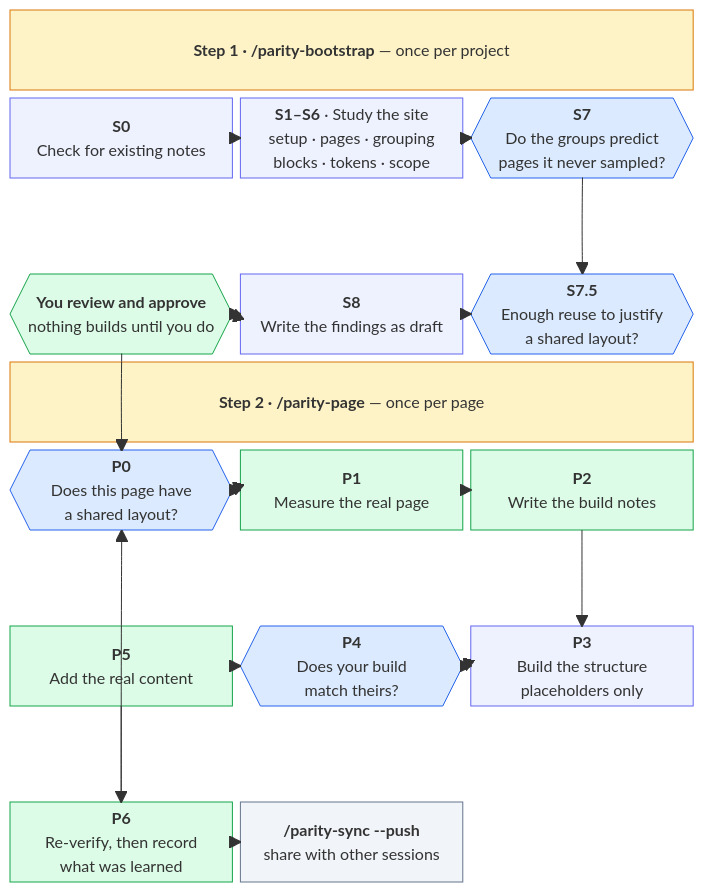
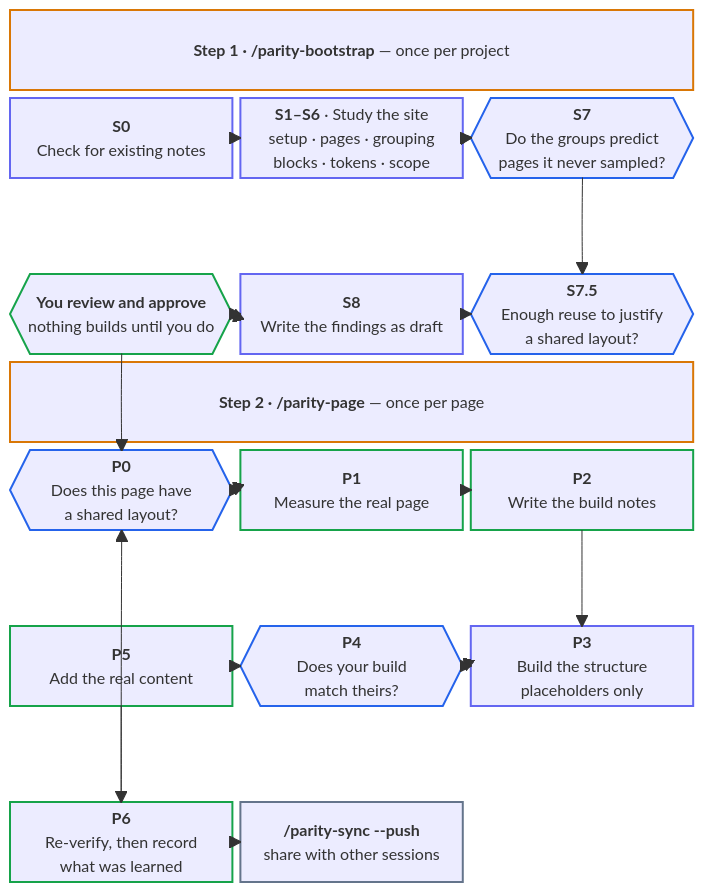
Before and after one commit to atr0-0/parity: the diagram in README.md, drawn with Mermaid. The commit also changed other lines of this file, not shown here.

Commit message:
README: let the theme colour the diagram, keep meaning in shape and border
GitHub's mermaid ignores the text colour in both classDef and style, so every
attempt to pin dark text on a light fill left white text on a pale box in dark
mode. Setting the fill without being able to set the text is the whole bug.

Dropping fill and colour entirely means the theme picks both together, so they
always contrast. Semantics move to node shape (hexagon = decision) and border
colour (green = stops for you), neither of which affects legibility.

Verified rendering on #0d1117 and on white.

````diff
--- a/README.md
+++ b/README.md
@@ -69,69 +69,69 @@
 ```mermaid
 block-beta
   columns 3
 
   H1["<b>Step 1 · /parity-bootstrap</b> — once per project"]:3
   S0["<b>S0</b><br/>Check for existing notes"]
   S1["<b>S1–S6</b> · Study the site<br/>setup · pages · grouping<br/>blocks · tokens · scope"]
   S7{{"<b>S7</b><br/>Do the groups predict<br/>pages it never sampled?"}}
 
   space:3
 
   REV{{"<b>You review and approve</b><br/>nothing builds until you do"}}
   S8["<b>S8</b><br/>Write the findings as draft"]
   S75{{"<b>S7.5</b><br/>Enough reuse to justify<br/>a shared layout?"}}
 
   H2["<b>Step 2 · /parity-page</b> — once per page"]:3
   P0{{"<b>P0</b><br/>Does this page have<br/>a shared layout?"}}
   P1["<b>P1</b><br/>Measure the real page"]
   P2["<b>P2</b><br/>Write the build notes"]
 
   space:3
 
   P5["<b>P5</b><br/>Add the real content"]
   P4{{"<b>P4</b><br/>Does your build<br/>match theirs?"}}
   P3["<b>P3</b><br/>Build the structure<br/>placeholders only"]
 
   space:3
 
   P6["<b>P6</b><br/>Re-verify, then record<br/>what was learned"]
   SYNC["<b>/parity-sync --push</b><br/>share with other sessions"]
   space
 
   S0 --> S1
   S1 --> S7
   S7 --> S75
   S75 --> S8
   S8 --> REV
   REV --> P0
   P0 --> P1
   P1 --> P2
   P2 --> P3
   P3 --> P4
   P4 --> P5
   P5 --> P6
   P6 --> SYNC
 
   S7 --> S1
   REV --> S8
   P1 --> P0
   P4 --> P3
   P6 --> P0
 
-  style H1 fill:#fef3c7,stroke:#d97706,color:#451a03
-  style H2 fill:#fef3c7,stroke:#d97706,color:#451a03
-  style S0 fill:#eef2ff,stroke:#6366f1,color:#1e1b4b
-  style S1 fill:#eef2ff,stroke:#6366f1,color:#1e1b4b
-  style S8 fill:#eef2ff,stroke:#6366f1,color:#1e1b4b
-  style P3 fill:#eef2ff,stroke:#6366f1,color:#1e1b4b
-  style S7 fill:#dbeafe,stroke:#2563eb,color:#172554
-  style S75 fill:#dbeafe,stroke:#2563eb,color:#172554
-  style P0 fill:#dbeafe,stroke:#2563eb,color:#172554
-  style P4 fill:#dbeafe,stroke:#2563eb,color:#172554
-  style REV fill:#dcfce7,stroke:#16a34a,color:#14532d
-  style P1 fill:#dcfce7,stroke:#16a34a,color:#14532d
-  style P2 fill:#dcfce7,stroke:#16a34a,color:#14532d
-  style P5 fill:#dcfce7,stroke:#16a34a,color:#14532d
-  style P6 fill:#dcfce7,stroke:#16a34a,color:#14532d
-  style SYNC fill:#f1f5f9,stroke:#64748b,color:#0f172a
+  style H1 stroke:#d97706,stroke-width:2px
+  style H2 stroke:#d97706,stroke-width:2px
+  style S0 stroke:#6366f1,stroke-width:2px
+  style S1 stroke:#6366f1,stroke-width:2px
+  style S8 stroke:#6366f1,stroke-width:2px
+  style P3 stroke:#6366f1,stroke-width:2px
+  style S7 stroke:#2563eb,stroke-width:2px
+  style S75 stroke:#2563eb,stroke-width:2px
+  style P0 stroke:#2563eb,stroke-width:2px
+  style P4 stroke:#2563eb,stroke-width:2px
+  style REV stroke:#16a34a,stroke-width:2px
+  style P1 stroke:#16a34a,stroke-width:2px
+  style P2 stroke:#16a34a,stroke-width:2px
+  style P5 stroke:#16a34a,stroke-width:2px
+  style P6 stroke:#16a34a,stroke-width:2px
+  style SYNC stroke:#64748b,stroke-width:2px
 ```
````
